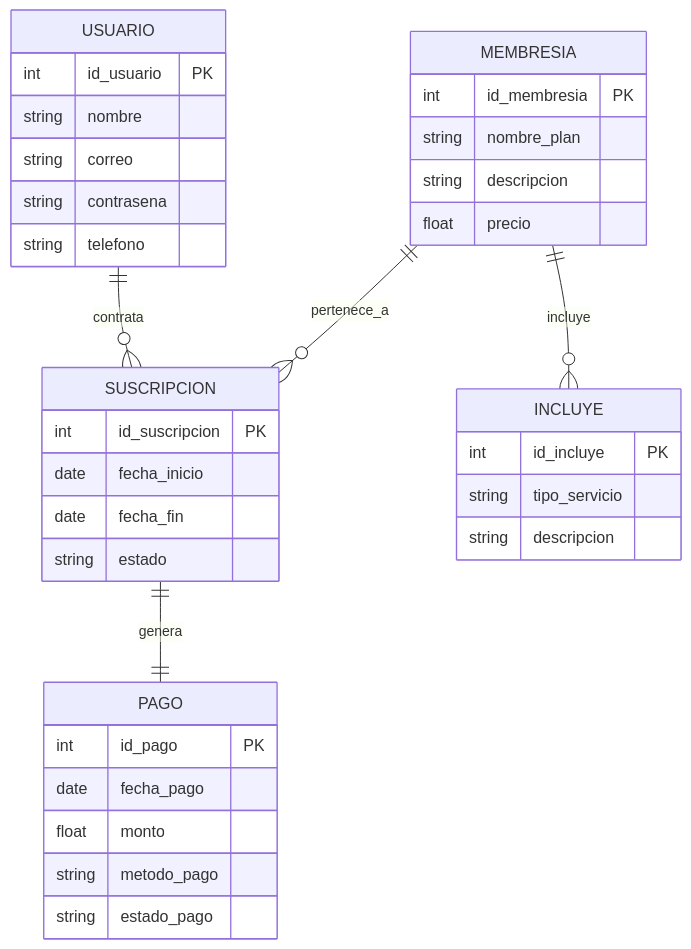
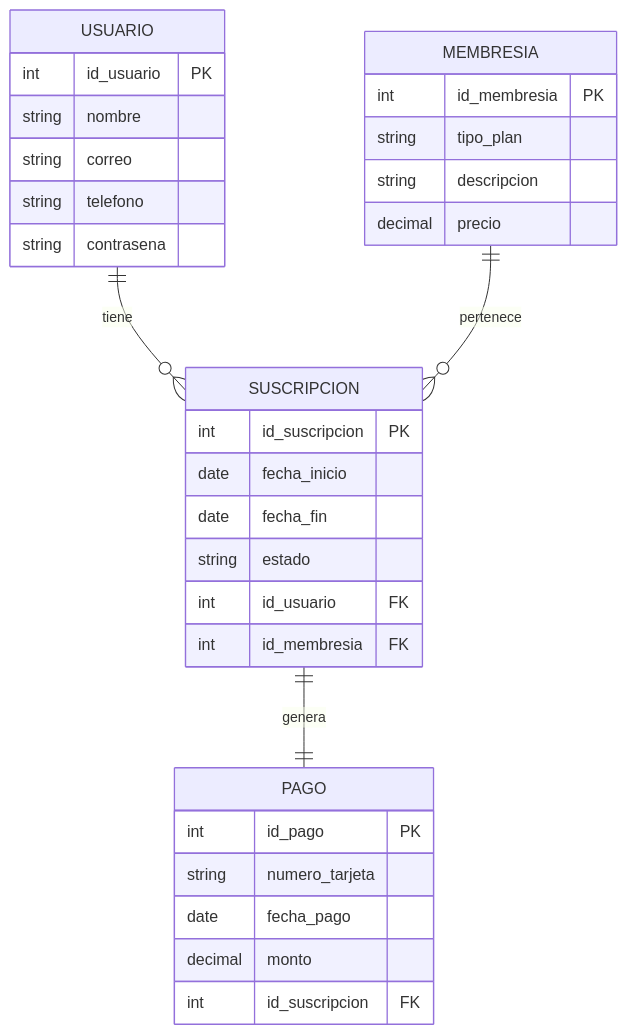
One commit to monica-ry/cbtis47-db-membre changed the diagram in docs/erd_diagram.md. Above: the diagram before and after it, drawn with Mermaid.

Commit message:
Actualizar erd_diagram.md

````diff
--- a/docs/erd_diagram.md
+++ b/docs/erd_diagram.md
@@ -1,43 +1,39 @@
 ```mermaid
 erDiagram
+
     USUARIO {
         int id_usuario PK
         string nombre
         string correo
+        string telefono
         string contrasena
-        string telefono
     }
 
     MEMBRESIA {
         int id_membresia PK
-        string nombre_plan
+        string tipo_plan
         string descripcion
-        float precio
-    }
-
-    INCLUYE {
-        int id_incluye PK
-        string tipo_servicio
-        string descripcion
-    }
-
-    PAGO {
-        int id_pago PK
-        date fecha_pago
-        float monto
-        string metodo_pago
-        string estado_pago
+        decimal precio
     }
 
     SUSCRIPCION {
         int id_suscripcion PK
         date fecha_inicio
         date fecha_fin
         string estado
+        int id_usuario FK
+        int id_membresia FK
     }
 
-    USUARIO ||--o{ SUSCRIPCION : contrata
-    MEMBRESIA ||--o{ SUSCRIPCION : pertenece_a
-    MEMBRESIA ||--o{ INCLUYE : incluye
+    PAGO {
+        int id_pago PK
+        string numero_tarjeta
+        date fecha_pago
+        decimal monto
+        int id_suscripcion FK
+    }
+
+    USUARIO ||--o{ SUSCRIPCION : tiene
+    MEMBRESIA ||--o{ SUSCRIPCION : pertenece
     SUSCRIPCION ||--|| PAGO : genera
 ```
````
